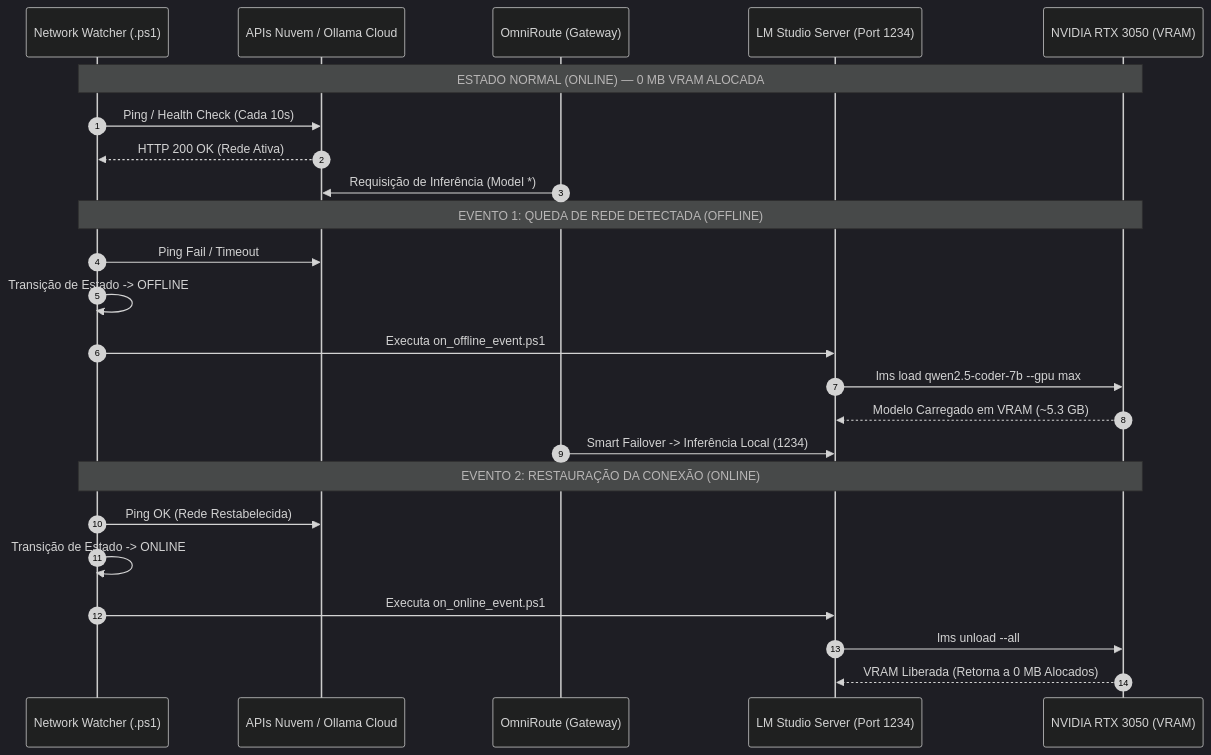
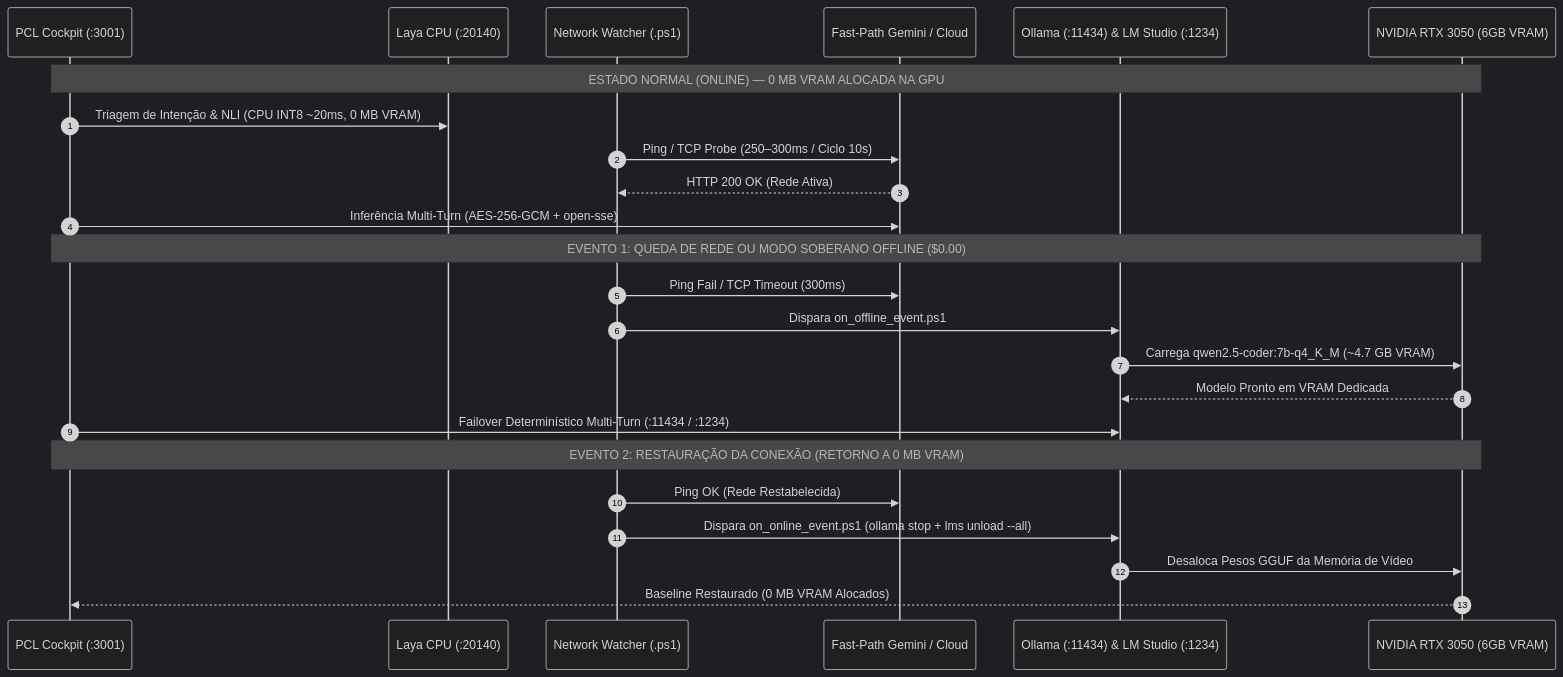
One commit to EnterDufter/PromptCoreLabs_AEOS changed the first of 2 diagrams in docs/hardware-portability-guide.md. Above: the diagram before and after it, drawn with Mermaid (dark theme). The commit also changed other lines of this file and 34 other files, not shown here.

First line of the commit message:
docs(aeos-v3.6): upgrade complete repository & Living Architecture portal with pure UTF-8, Dual-Track narrative & Cortex v7 diagrams

````diff
--- a/docs/hardware-portability-guide.md
+++ b/docs/hardware-portability-guide.md
@@ -32,29 +30,29 @@
 ```mermaid
 sequenceDiagram
     autonumber
+    participant Cockpit as PCL Cockpit (:3001)
+    participant Laya as Laya CPU (:20140)
     participant Watcher as Network Watcher (.ps1)
-    participant Cloud as APIs Nuvem / Ollama Cloud
-    participant Gateway as OmniRoute (Gateway)
-    participant LMStudio as LM Studio Server (Port 1234)
-    participant GPU as NVIDIA RTX 3050 (VRAM)
+    participant Cloud as Fast-Path Gemini / Cloud
+    participant Local as Ollama (:11434) & LM Studio (:1234)
+    participant GPU as NVIDIA RTX 3050 (6GB VRAM)
 
-    Note over Watcher, GPU: ESTADO NORMAL (ONLINE) — 0 MB VRAM ALOCADA
-    Watcher->>Cloud: Ping / Health Check (Cada 10s)
+    Note over Cockpit, GPU: ESTADO NORMAL (ONLINE) — 0 MB VRAM ALOCADA NA GPU
+    Cockpit->>Laya: Triagem de Intenção & NLI (CPU INT8 ~20ms, 0 MB VRAM)
+    Watcher->>Cloud: Ping / TCP Probe (250–300ms / Ciclo 10s)
     Cloud-->>Watcher: HTTP 200 OK (Rede Ativa)
-    Gateway->>Cloud: Requisição de Inferência (Model *)
-    
-    Note over Watcher, GPU: EVENTO 1: QUEDA DE REDE DETECTADA (OFFLINE)
-    Watcher->>Cloud: Ping Fail / Timeout
-    Watcher->>Watcher: Transição de Estado -> OFFLINE
-    Watcher->>LMStudio: Executa on_offline_event.ps1
-    LMStudio->>GPU: lms load qwen2.5-coder-7b --gpu max
-    GPU-->>LMStudio: Modelo Carregado em VRAM (~5.3 GB)
-    Gateway->>LMStudio: Smart Failover -> Inferência Local (1234)
+    Cockpit->>Cloud: Inferência Multi-Turn (AES-256-GCM + open-sse)
 
-    Note over Watcher, GPU: EVENTO 2: RESTAURAÇÃO DA CONEXÃO (ONLINE)
+    Note over Cockpit, GPU: EVENTO 1: QUEDA DE REDE OU MODO SOBERANO OFFLINE ($0.00)
+    Watcher->>Cloud: Ping Fail / TCP Timeout (300ms)
+    Watcher->>Local: Dispara on_offline_event.ps1
+    Local->>GPU: Carrega qwen2.5-coder:7b-q4_K_M (~4.7 GB VRAM)
+    GPU-->>Local: Modelo Pronto em VRAM Dedicada
+    Cockpit->>Local: Failover Determinístico Multi-Turn (:11434 / :1234)
+
+    Note over Cockpit, GPU: EVENTO 2: RESTAURAÇÃO DA CONEXÃO (RETORNO A 0 MB VRAM)
     Watcher->>Cloud: Ping OK (Rede Restabelecida)
-    Watcher->>Watcher: Transição de Estado -> ONLINE
-    Watcher->>LMStudio: Executa on_online_event.ps1
-    LMStudio->>GPU: lms unload --all
-    GPU-->>LMStudio: VRAM Liberada (Retorna a 0 MB Alocados)
+    Watcher->>Local: Dispara on_online_event.ps1 (ollama stop + lms unload --all)
+    Local->>GPU: Desaloca Pesos GGUF da Memória de Vídeo
+    GPU-->>Cockpit: Baseline Restaurado (0 MB VRAM Alocados)
 ```
````
